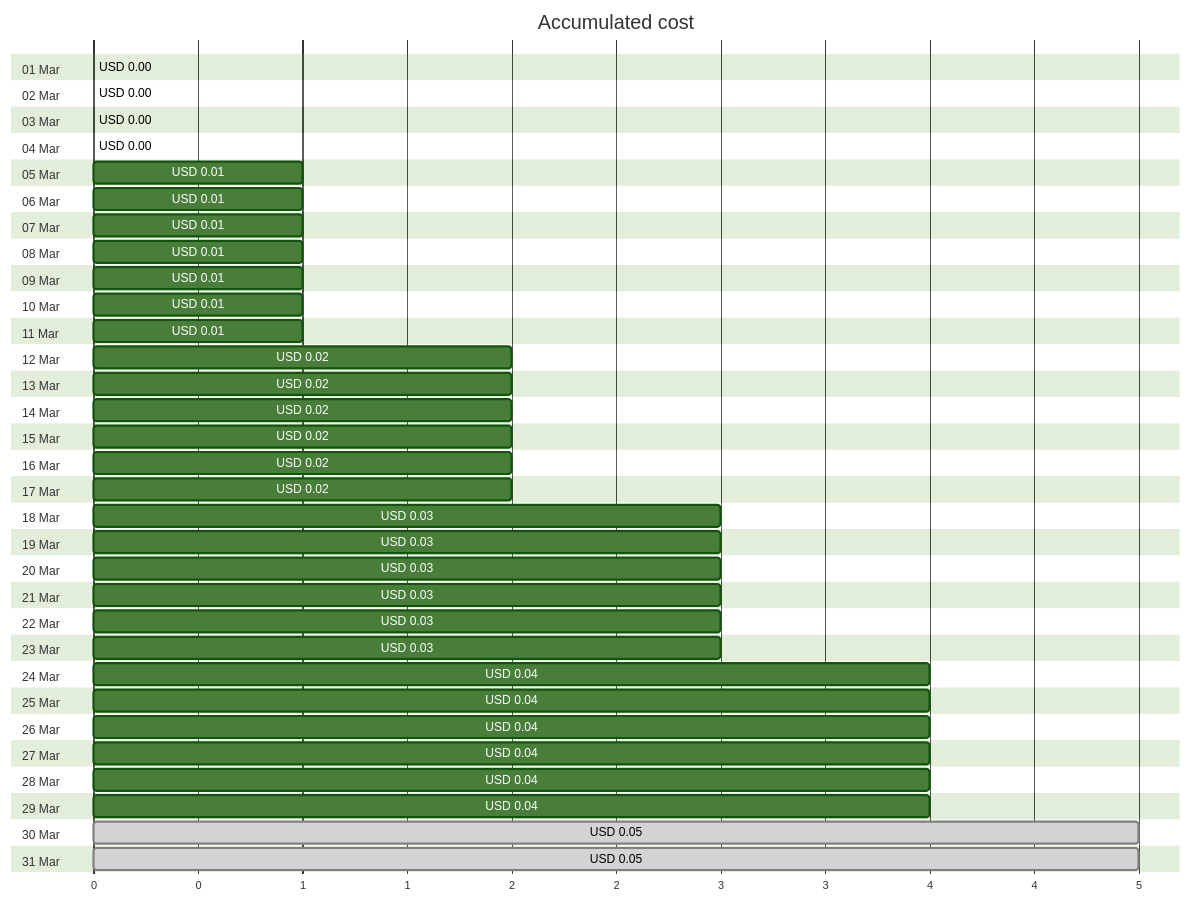
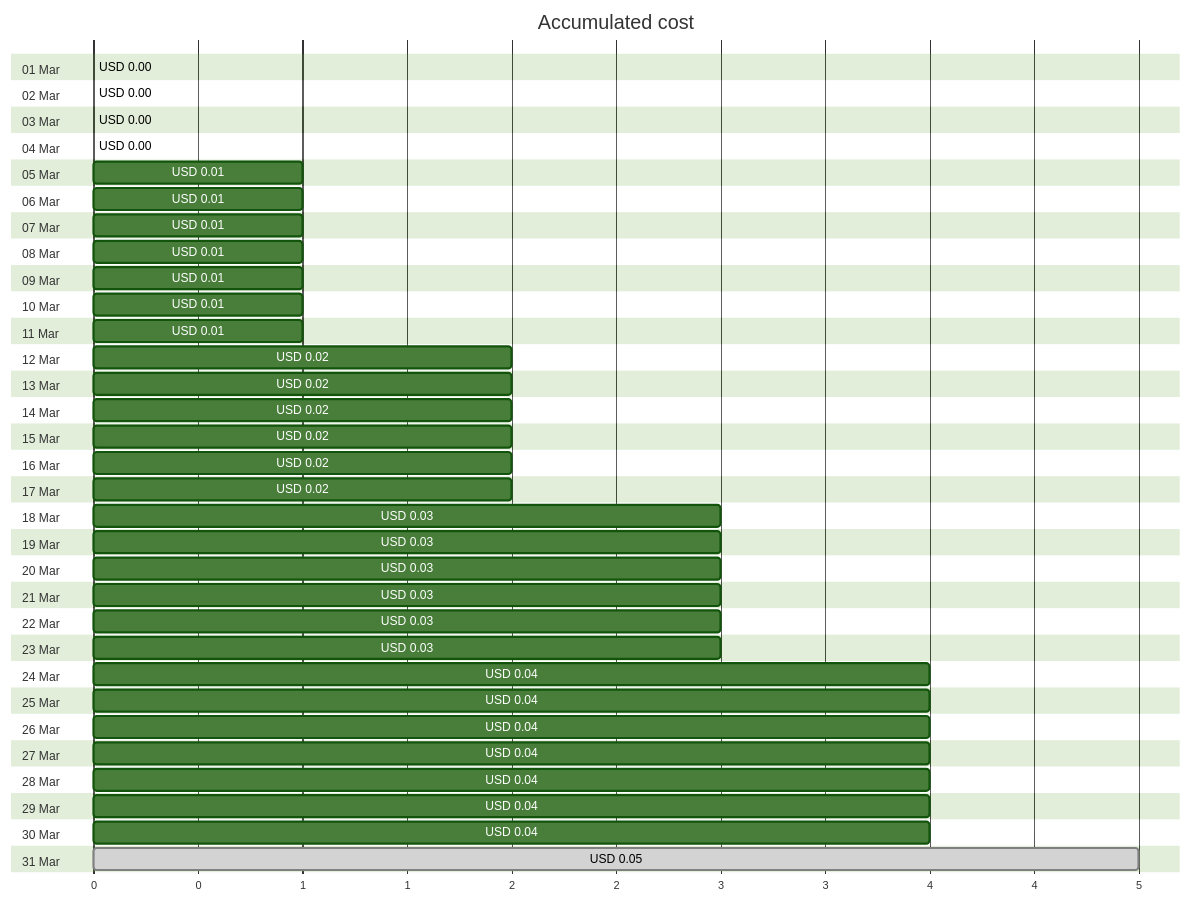
The first of 4 diagrams in cost-reports/personal-site/personalsiteapistorage.md (jpfulton/azure-personal-reports), drawn with Mermaid (forest theme) before and after one commit. The commit also changed other lines of this file and 6 other files, not shown here.

````diff
--- a/cost-reports/personal-site/personalsiteapistorage.md
+++ b/cost-reports/personal-site/personalsiteapistorage.md
@@ -20,68 +20,68 @@
 ```mermaid
 gantt
    title Accumulated cost
    dateFormat  X
    axisFormat %s
    section 01 Mar
    USD 0.00 :0, 0
    section 02 Mar
    USD 0.00 :0, 0
    section 03 Mar
    USD 0.00 :0, 0
    section 04 Mar
    USD 0.00 :0, 0
    section 05 Mar
    USD 0.01 :0, 1
    section 06 Mar
    USD 0.01 :0, 1
    section 07 Mar
    USD 0.01 :0, 1
    section 08 Mar
    USD 0.01 :0, 1
    section 09 Mar
    USD 0.01 :0, 1
    section 10 Mar
    USD 0.01 :0, 1
    section 11 Mar
    USD 0.01 :0, 1
    section 12 Mar
    USD 0.02 :0, 2
    section 13 Mar
    USD 0.02 :0, 2
    section 14 Mar
    USD 0.02 :0, 2
    section 15 Mar
    USD 0.02 :0, 2
    section 16 Mar
    USD 0.02 :0, 2
    section 17 Mar
    USD 0.02 :0, 2
    section 18 Mar
    USD 0.03 :0, 3
    section 19 Mar
    USD 0.03 :0, 3
    section 20 Mar
    USD 0.03 :0, 3
    section 21 Mar
    USD 0.03 :0, 3
    section 22 Mar
    USD 0.03 :0, 3
    section 23 Mar
    USD 0.03 :0, 3
    section 24 Mar
    USD 0.04 :0, 4
    section 25 Mar
    USD 0.04 :0, 4
    section 26 Mar
    USD 0.04 :0, 4
    section 27 Mar
    USD 0.04 :0, 4
    section 28 Mar
    USD 0.04 :0, 4
    section 29 Mar
    USD 0.04 :0, 4
    section 30 Mar
-   USD 0.05 : done, 0, 5
+   USD 0.04 :0, 4
    section 31 Mar
    USD 0.05 : done, 0, 5
 ```
````
